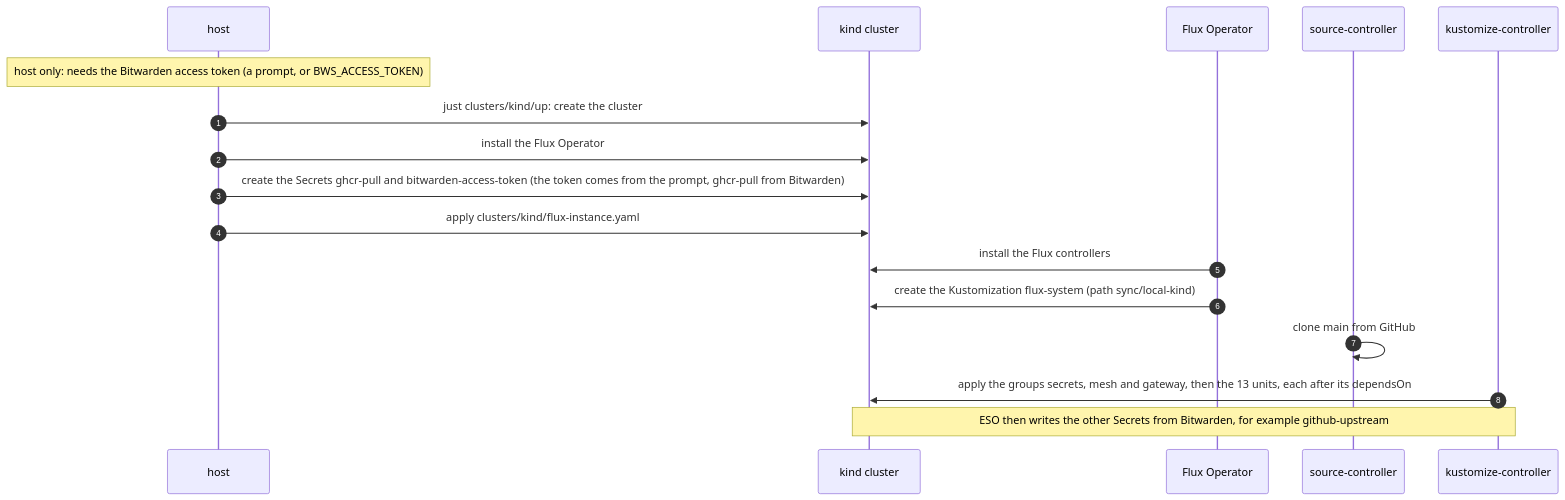
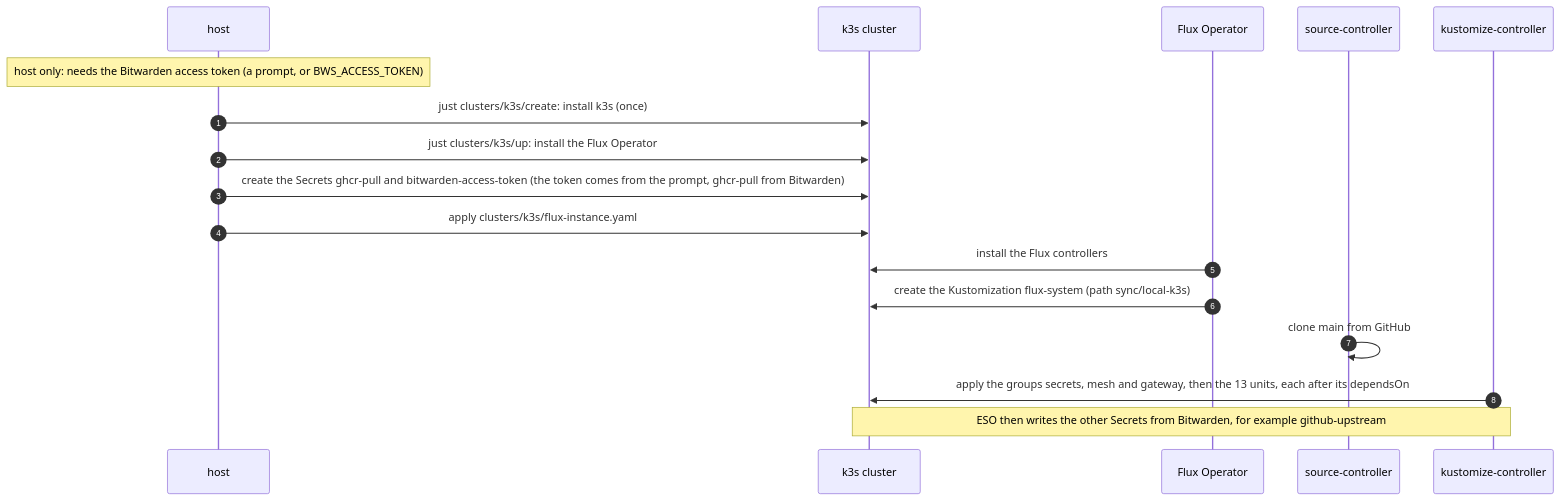
One commit to raghav19/engineersdaybook changed the first of 4 diagrams in code/mcp-sandbox/part-3-mcp-guardrails/docs/orchestration.md. Above: the diagram before and after it, drawn with Mermaid. The commit also changed other lines of this file and 36 other files, not shown here.

First line of the commit message:
part-3: replace the kind cluster with k3s

````diff
--- a/code/mcp-sandbox/part-3-mcp-guardrails/docs/orchestration.md
+++ b/code/mcp-sandbox/part-3-mcp-guardrails/docs/orchestration.md
@@ -53,20 +53,20 @@
 ```mermaid
 sequenceDiagram
     autonumber
     participant H as host
-    participant K as kind cluster
+    participant K as k3s cluster
     participant O as Flux Operator
     participant S as source-controller
     participant C as kustomize-controller
 
     Note over H: host only: needs the Bitwarden access token (a prompt, or BWS_ACCESS_TOKEN)
-    H->>K: just clusters/kind/up: create the cluster
-    H->>K: install the Flux Operator
+    H->>K: just clusters/k3s/create: install k3s (once)
+    H->>K: just clusters/k3s/up: install the Flux Operator
     H->>K: create the Secrets ghcr-pull and bitwarden-access-token (the token comes from the prompt, ghcr-pull from Bitwarden)
-    H->>K: apply clusters/kind/flux-instance.yaml
+    H->>K: apply clusters/k3s/flux-instance.yaml
     O->>K: install the Flux controllers
-    O->>K: create the Kustomization flux-system (path sync/local-kind)
+    O->>K: create the Kustomization flux-system (path sync/local-k3s)
     S->>S: clone main from GitHub
     C->>K: apply the groups secrets, mesh and gateway, then the 13 units, each after its dependsOn
     Note over C,K: ESO then writes the other Secrets from Bitwarden, for example github-upstream
 ```
````
